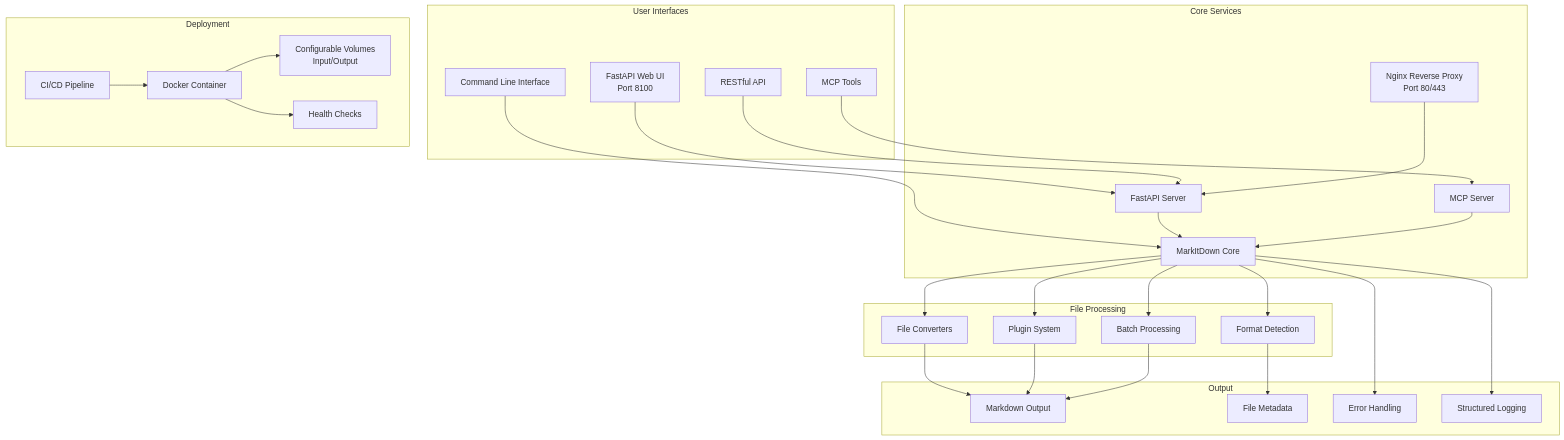
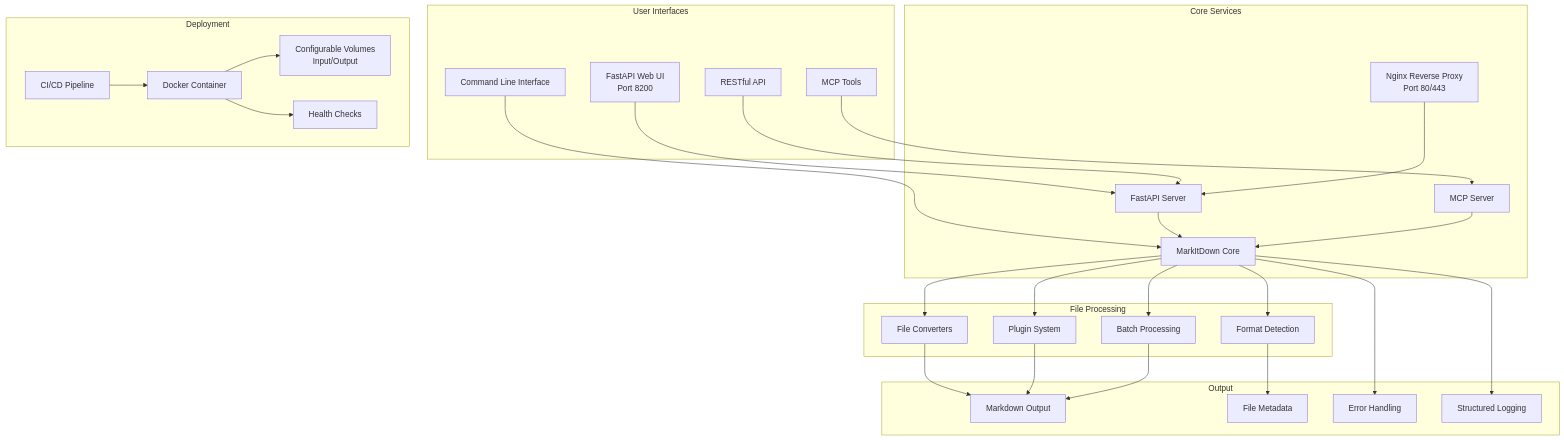
Before and after one commit to goagiq/mcp-markitdown-ui: the first of 9 diagrams in README.md, drawn with Mermaid. The commit also changed other lines of this file and 25 other files, not shown here.

````diff
--- a/README.md
+++ b/README.md
@@ -93,63 +93,63 @@
 ```mermaid
 graph TB
     subgraph "User Interfaces"
         CLI[Command Line Interface]
-        WebUI[FastAPI Web UI<br/>Port 8100]
+        WebUI[FastAPI Web UI<br/>Port 8200]
         MCP[MCP Tools]
         API[RESTful API]
     end
     
     subgraph "Core Services"
         MarkItDown[MarkItDown Core]
         MCP_Server[MCP Server]
         Web_Server[FastAPI Server]
         Nginx[Nginx Reverse Proxy<br/>Port 80/443]
     end
     
     subgraph "File Processing"
         Converters[File Converters]
         Plugins[Plugin System]
         Formats[Format Detection]
         Batch[Batch Processing]
     end
     
     subgraph "Deployment"
         Docker[Docker Container]
         Volumes[Configurable Volumes<br/>Input/Output]
         CI_CD[CI/CD Pipeline]
         Monitoring[Health Checks]
     end
     
     subgraph "Output"
         Markdown[Markdown Output]
         Metadata[File Metadata]
         Errors[Error Handling]
         Logs[Structured Logging]
     end
     
     CLI --> MarkItDown
     WebUI --> Web_Server
     MCP --> MCP_Server
     API --> Web_Server
     
     Web_Server --> MarkItDown
     MCP_Server --> MarkItDown
     Nginx --> Web_Server
     
     MarkItDown --> Converters
     MarkItDown --> Plugins
     MarkItDown --> Formats
     MarkItDown --> Batch
     
     Converters --> Markdown
     Plugins --> Markdown
     Formats --> Metadata
     Batch --> Markdown
     
     Docker --> Volumes
     Docker --> Monitoring
     CI_CD --> Docker
     
     MarkItDown --> Errors
     MarkItDown --> Logs
 ```
````
